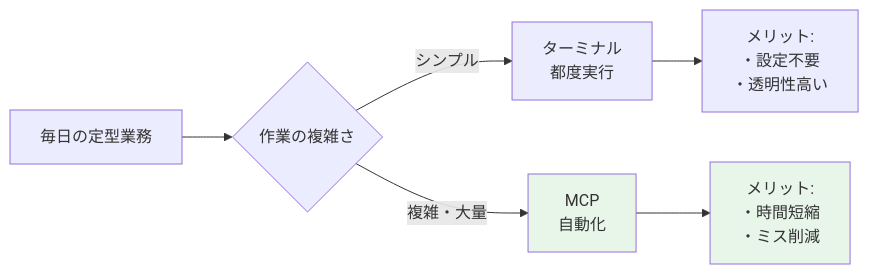
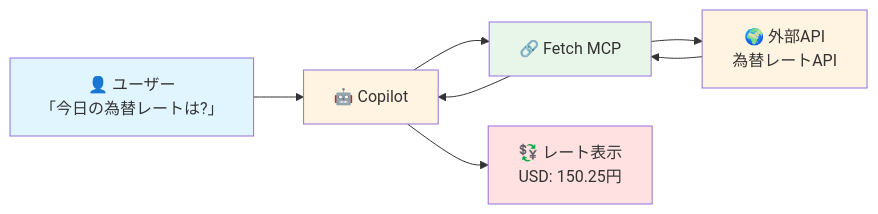
Before and after one commit to office8-inc/knowledge-management: the sixth of 10 diagrams in docs/public/github/vscode-copilot-terminal-vs-mcp-comparison.md, drawn with Mermaid. The commit also changed other lines of this file, not shown here.

````diff
--- a/docs/public/github/vscode-copilot-terminal-vs-mcp-comparison.md
+++ b/docs/public/github/vscode-copilot-terminal-vs-mcp-comparison.md
@@ -301,12 +249,15 @@
 ```mermaid
 graph LR
-    A["毎日の定型業務"] --> B{"作業の複雑さ"}
-    B -->|"シンプル"| C["ターミナル<br/>都度実行"]
-    B -->|"複雑・大量"| D["MCP<br/>自動化"]
+    A["👤 ユーザー<br/>「今日の為替レートは?」"] --> B["🤖 Copilot"]
+    B --> C["🔗 Fetch MCP"]
+    C --> D["🌍 外部API<br/>為替レートAPI"]
+    D --> C
+    C --> B
+    B --> E["💱 レート表示<br/>USD: 150.25円"]
     
-    C --> E["メリット:<br/>・設定不要<br/>・透明性高い"]
-    D --> F["メリット:<br/>・時間短縮<br/>・ミス削減"]
-    
-    style D fill:#e8f5e9
-    style F fill:#e8f5e9
+    style A fill:#e1f5ff
+    style B fill:#fff4e1
+    style C fill:#e8f5e9
+    style D fill:#fff4e1
+    style E fill:#ffe1e1
 ```
````
